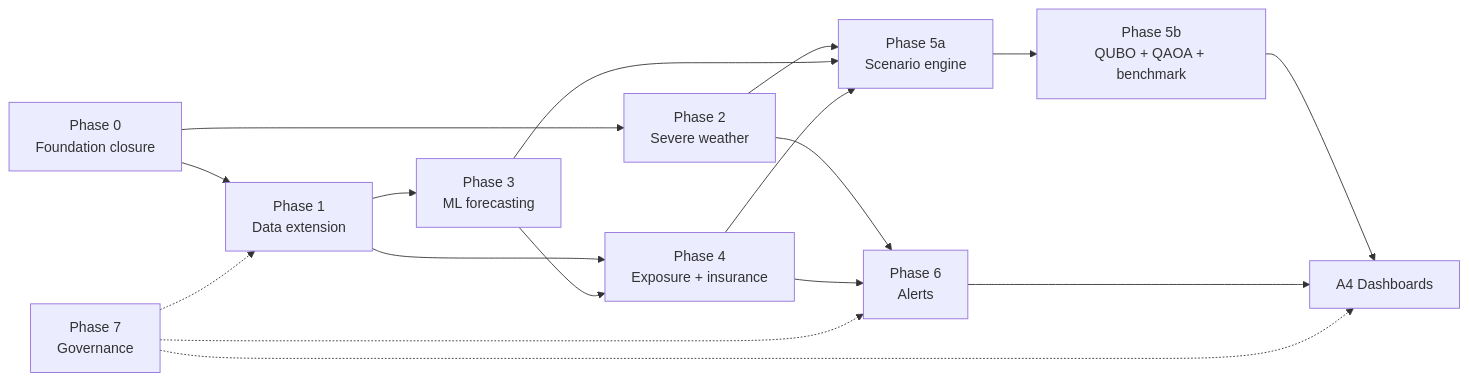
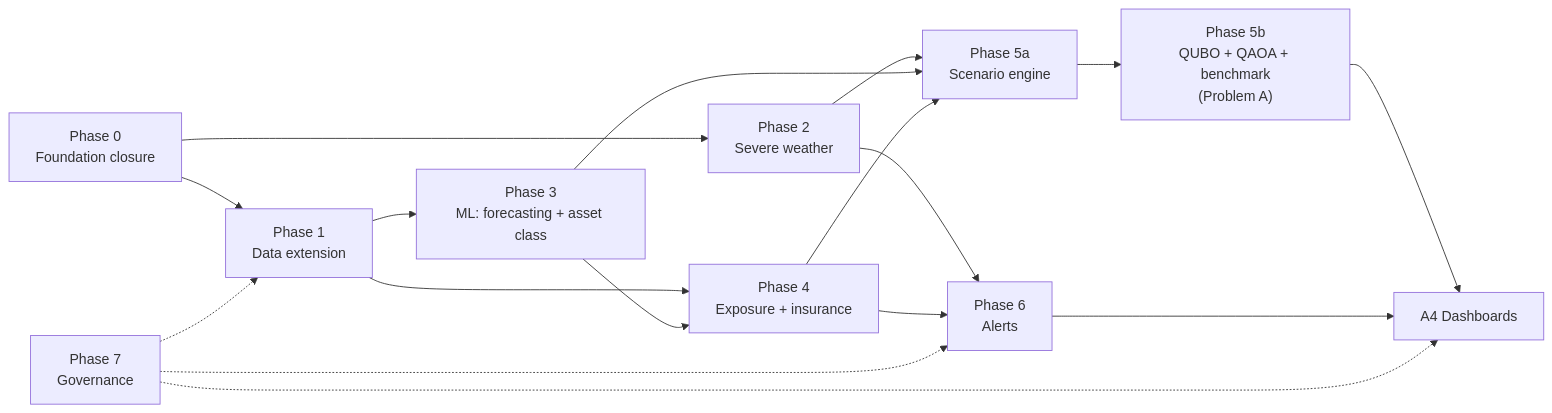
One commit to Qkrishi-Solutions/PNB--QWRF changed the second of 2 diagrams in final docs/QWRF_ROADMAP_AND_HYBRID_ARCHITECTURE.md. Above: the diagram before and after it, drawn with Mermaid. The commit also changed other lines of this file, not shown here.

First line of the commit message:
Finalise roadmap: Problem A only, status updated, decisions fixed

````diff
--- a/final docs/QWRF_ROADMAP_AND_HYBRID_ARCHITECTURE.md
+++ b/final docs/QWRF_ROADMAP_AND_HYBRID_ARCHITECTURE.md
@@ -293,19 +375,19 @@
 ```mermaid
 flowchart LR
     F0["Phase 0<br/>Foundation closure"] --> D["Phase 1<br/>Data extension"]
     F0 --> W["Phase 2<br/>Severe weather"]
-    D --> FC["Phase 3<br/>ML forecasting"]
+    D --> FC["Phase 3<br/>ML: forecasting + asset class"]
     D --> RK["Phase 4<br/>Exposure + insurance"]
     FC --> RK
     W --> SC["Phase 5a<br/>Scenario engine"]
     FC --> SC
     RK --> SC
-    SC --> QA["Phase 5b<br/>QUBO + QAOA + benchmark"]
+    SC --> QA["Phase 5b<br/>QUBO + QAOA + benchmark<br/>(Problem A)"]
     W --> AL["Phase 6<br/>Alerts"]
     RK --> AL
     QA --> DB["A4 Dashboards"]
     AL --> DB
     GV["Phase 7<br/>Governance"] -.-> D
     GV -.-> AL
     GV -.-> DB
 ```
````
